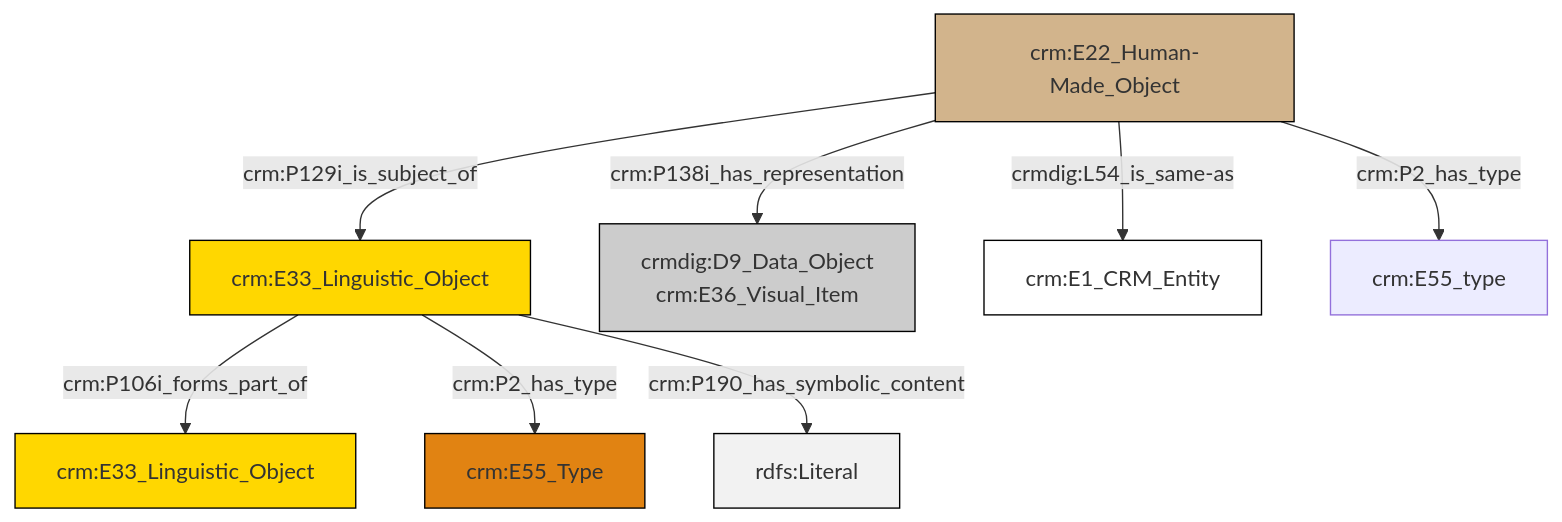
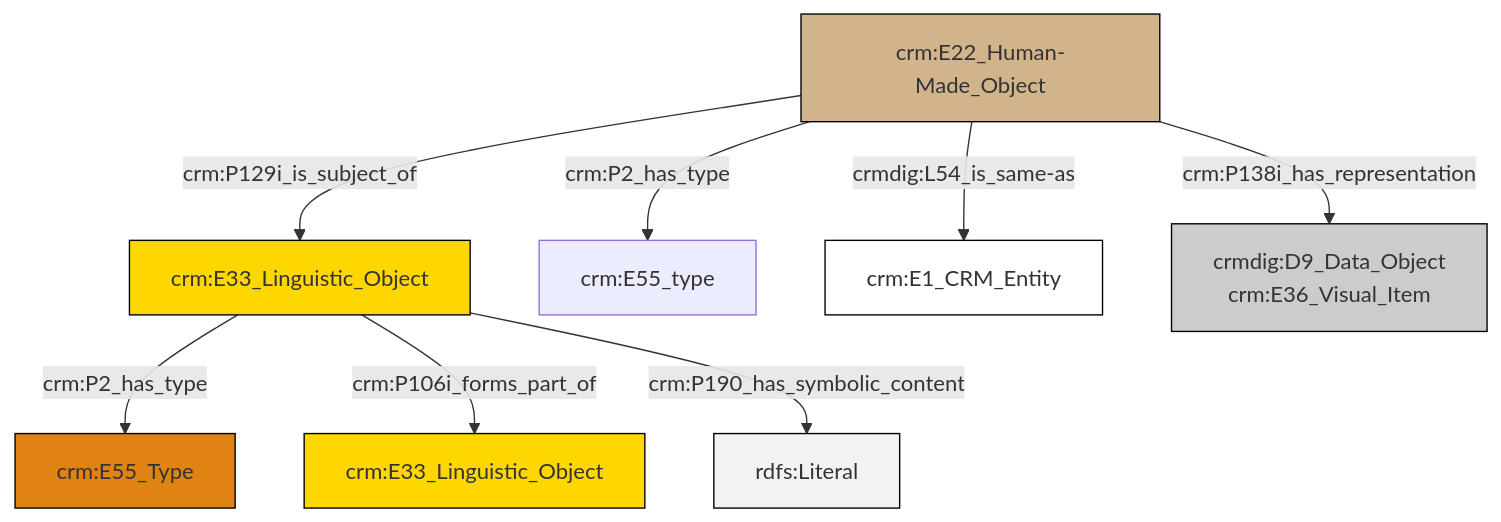
The diagram in et/artworkCSV/ttl/mmd/Artwork_Documentation.ttl.mmd (swiss-art-research-net/docs.swissartresearch), drawn with Mermaid before and after one commit. The commit also changed 182 other files, not shown here.

```diff
--- a/et/artworkCSV/ttl/mmd/Artwork_Documentation.ttl.mmd
+++ b/et/artworkCSV/ttl/mmd/Artwork_Documentation.ttl.mmd
@@ -1,22 +1,22 @@
 graph TD
 classDef Literal fill:#f2f2f2,stroke:#000000;
 classDef CRM_Entity fill:#FFFFFF,stroke:#000000;
 classDef Temporal_Entity fill:#00C9E6, stroke:#000000;
 classDef Type fill:#E18312, stroke:#000000;
 classDef Time-Span fill:#2C9C91, stroke:#000000;
 classDef Appellation fill:#FFEB7F, stroke:#000000;
 classDef Place fill:#008836, stroke:#000000;
 classDef Persistent_Item fill:#B266B2, stroke:#000000;
 classDef Conceptual_Object fill:#FFD700, stroke:#000000;
 classDef Physical_Thing fill:#D2B48C, stroke:#000000;
 classDef Actor fill:#f58aad, stroke:#000000;
 classDef PC_Classes fill:#4ce600, stroke:#000000;
 classDef Multi fill:#cccccc,stroke:#000000;
 
-0["crm:E22_Human-Made_Object"]:::Physical_Thing -->|crm:P129i_is_subject_of| 1["crm:E33_Linguistic_Object"]:::Conceptual_Object
-1["crm:E33_Linguistic_Object"]:::Conceptual_Object -->|crm:P106i_forms_part_of| 7["crm:E33_Linguistic_Object"]:::Conceptual_Object
-1["crm:E33_Linguistic_Object"]:::Conceptual_Object -->|crm:P2_has_type| 8["crm:E55_Type"]:::Type
-0["crm:E22_Human-Made_Object"]:::Physical_Thing -->|crm:P138i_has_representation| 2["crmdig:D9_Data_Object<br>crm:E36_Visual_Item"]:::Multi
-0["crm:E22_Human-Made_Object"]:::Physical_Thing -->|crmdig:L54_is_same-as| 5["crm:E1_CRM_Entity"]:::CRM_Entity
-0["crm:E22_Human-Made_Object"]:::Physical_Thing -->|crm:P2_has_type| 11["crm:E55_type"]:::Default
-1["crm:E33_Linguistic_Object"]:::Conceptual_Object -->|crm:P190_has_symbolic_content| 16[rdfs:Literal]:::Literal
+0["crm:E33_Linguistic_Object"]:::Conceptual_Object -->|crm:P2_has_type| 1["crm:E55_Type"]:::Type
+2["crm:E22_Human-Made_Object"]:::Physical_Thing -->|crm:P129i_is_subject_of| 0["crm:E33_Linguistic_Object"]:::Conceptual_Object
+0["crm:E33_Linguistic_Object"]:::Conceptual_Object -->|crm:P106i_forms_part_of| 5["crm:E33_Linguistic_Object"]:::Conceptual_Object
+2["crm:E22_Human-Made_Object"]:::Physical_Thing -->|crmdig:L54_is_same-as| 6["crm:E1_CRM_Entity"]:::CRM_Entity
+2["crm:E22_Human-Made_Object"]:::Physical_Thing -->|crm:P2_has_type| 3["crm:E55_type"]:::Default
+2["crm:E22_Human-Made_Object"]:::Physical_Thing -->|crm:P138i_has_representation| 7["crmdig:D9_Data_Object<br>crm:E36_Visual_Item"]:::Multi
+0["crm:E33_Linguistic_Object"]:::Conceptual_Object -->|crm:P190_has_symbolic_content| 13[rdfs:Literal]:::Literal
```
